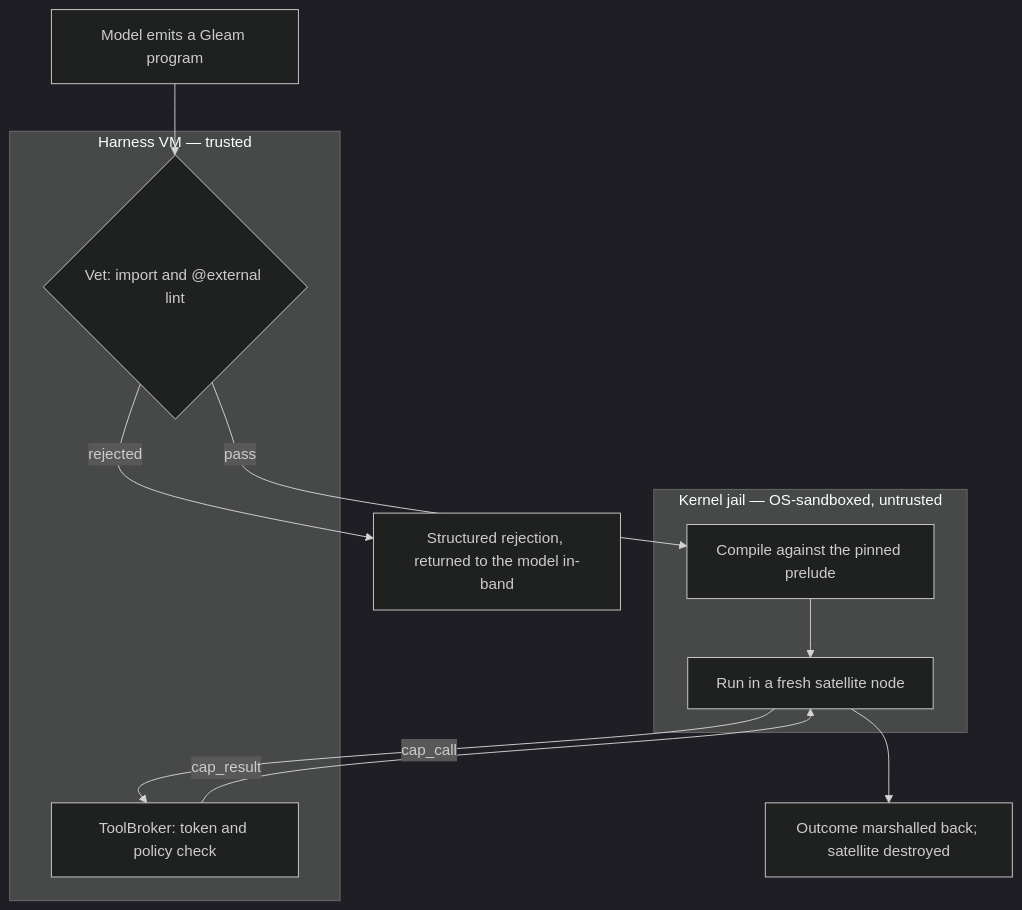
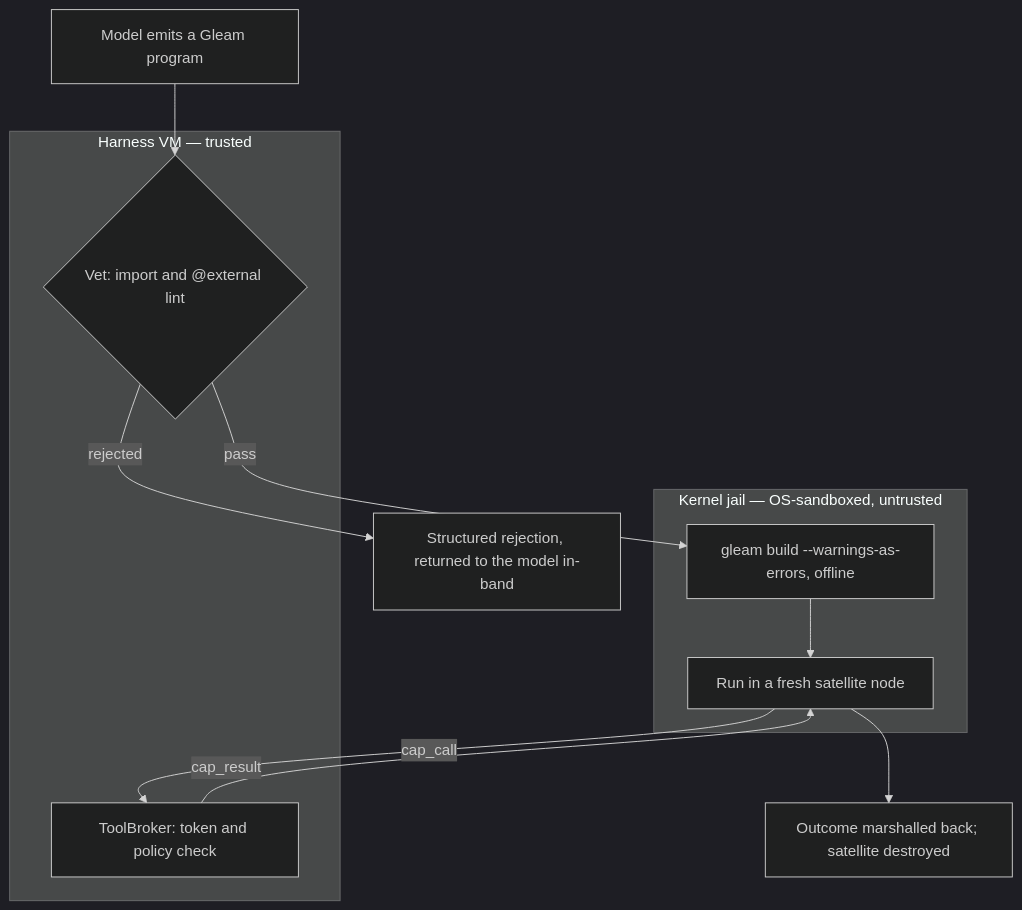
One commit to Roasbeef/loom changed the diagram in docs/architecture/code-mode.md. Above: the diagram before and after it, drawn with Mermaid (dark theme). The commit also changed other lines of this file, not shown here.

````diff
--- a/docs/architecture/code-mode.md
+++ b/docs/architecture/code-mode.md
@@ -62,20 +68,20 @@
 ```mermaid
 flowchart TD
     M[Model emits a Gleam program]
     M --> V{Vet: import and @external lint}
     V -->|rejected| R[Structured rejection, returned to the model in-band]
-    V -->|pass| C[Compile against the pinned prelude]
+    V -->|pass| C[gleam build --warnings-as-errors, offline]
     C --> S[Run in a fresh satellite node]
     S -->|cap_call| K[ToolBroker: token and policy check]
     K -->|cap_result| S
     S --> O[Outcome marshalled back; satellite destroyed]
 
     subgraph H[Harness VM — trusted]
       V
       K
     end
     subgraph J[Kernel jail — OS-sandboxed, untrusted]
       C
       S
     end
 ```
````
